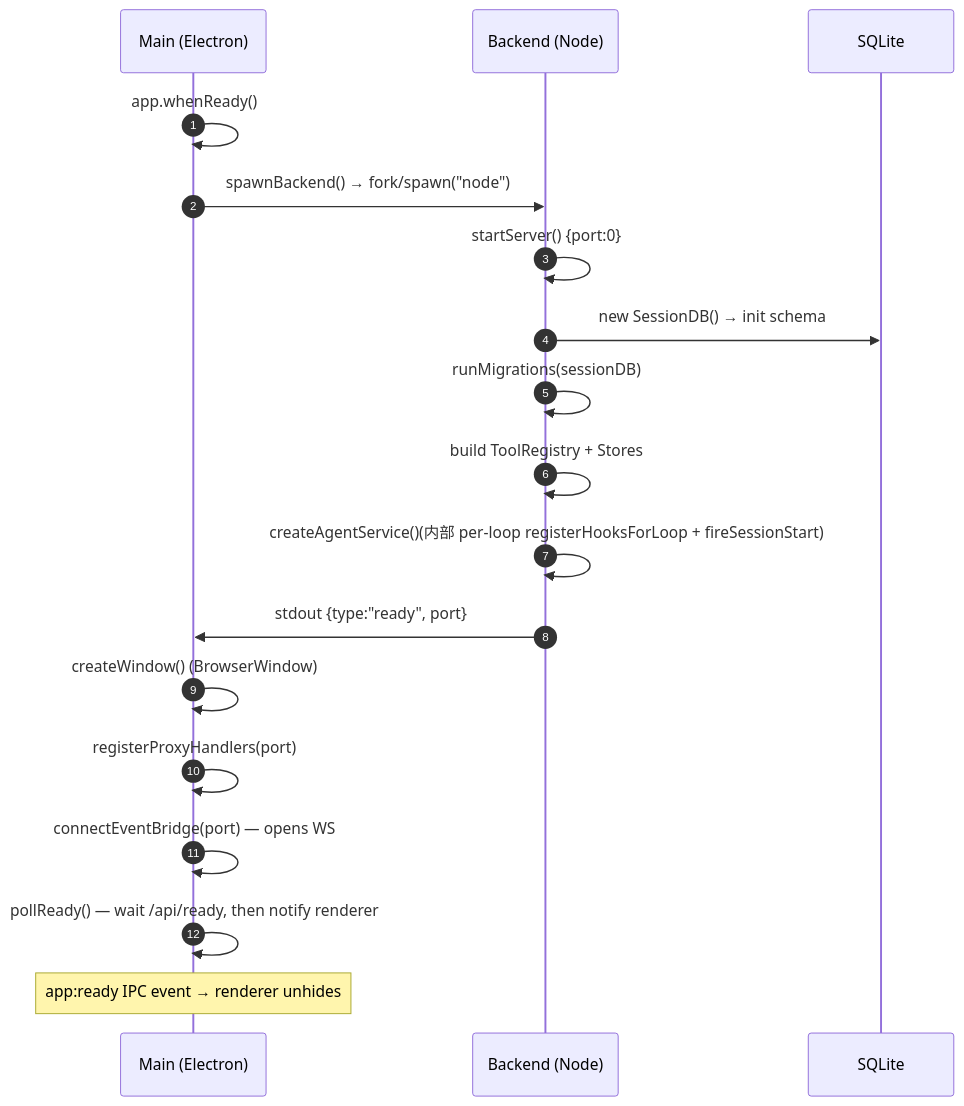
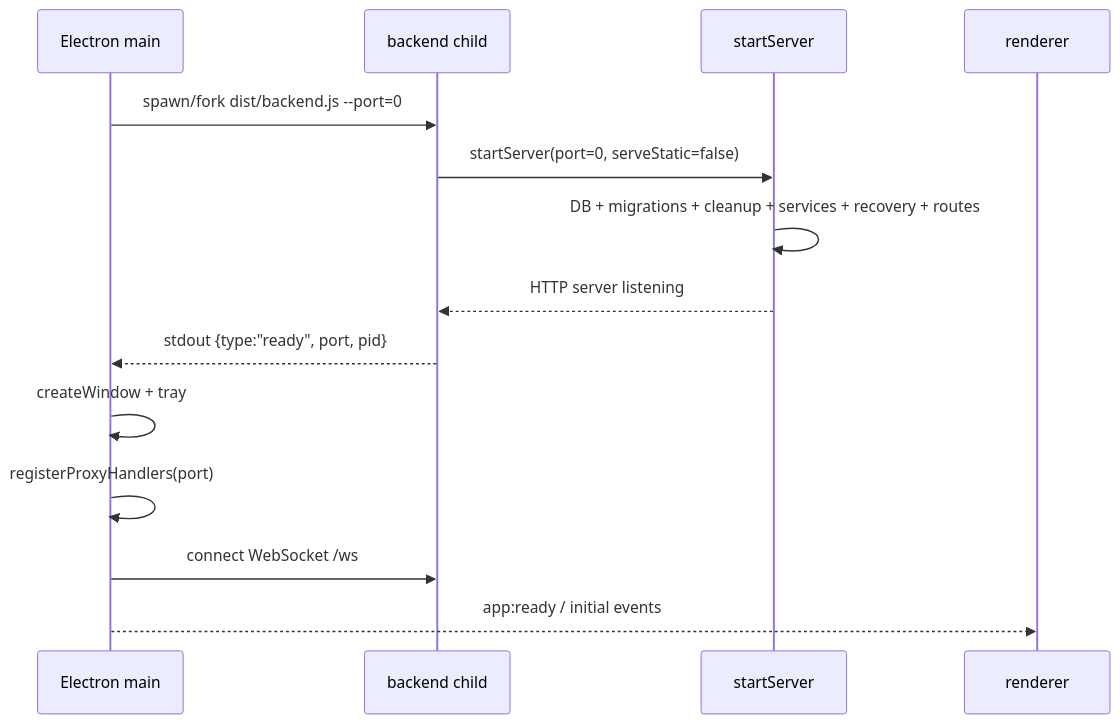
Before and after one commit to LanicBlue/zero-core: the second of 3 diagrams in docs/arch/01-system-overview.md, drawn with Mermaid. The commit also changed other lines of this file and 54 other files, not shown here.

````diff
--- a/docs/arch/01-system-overview.md
+++ b/docs/arch/01-system-overview.md
@@ -214,21 +48,17 @@
 ```mermaid
 sequenceDiagram
-    autonumber
-    participant M as Main (Electron)
-    participant S as Backend (Node)
-    participant D as SQLite
+    participant E as Electron main
+    participant B as backend child
+    participant S as startServer
+    participant R as renderer
 
-    M->>M: app.whenReady()
-    M->>S: spawnBackend() → fork/spawn("node")
-    S->>S: startServer() {port:0}
-    S->>D: new SessionDB() → init schema
-    S->>S: runMigrations(sessionDB)
-    S->>S: build ToolRegistry + Stores
-    S->>S: createAgentService()(内部 per-loop registerHooksForLoop + fireSessionStart)
-    S->>M: stdout {type:"ready", port}
-    M->>M: createWindow() (BrowserWindow)
-    M->>M: registerProxyHandlers(port)
-    M->>M: connectEventBridge(port) — opens WS
-    M->>M: pollReady() — wait /api/ready, then notify renderer
-    Note over M: app:ready IPC event → renderer unhides
+    E->>B: spawn/fork dist/backend.js --port=0
+    B->>S: startServer(port=0, serveStatic=false)
+    S->>S: DB + migrations + cleanup + services + recovery + routes
+    S-->>B: HTTP server listening
+    B-->>E: stdout {type:"ready", port, pid}
+    E->>E: createWindow + tray
+    E->>E: registerProxyHandlers(port)
+    E->>B: connect WebSocket /ws
+    E-->>R: app:ready / initial events
 ```
````
